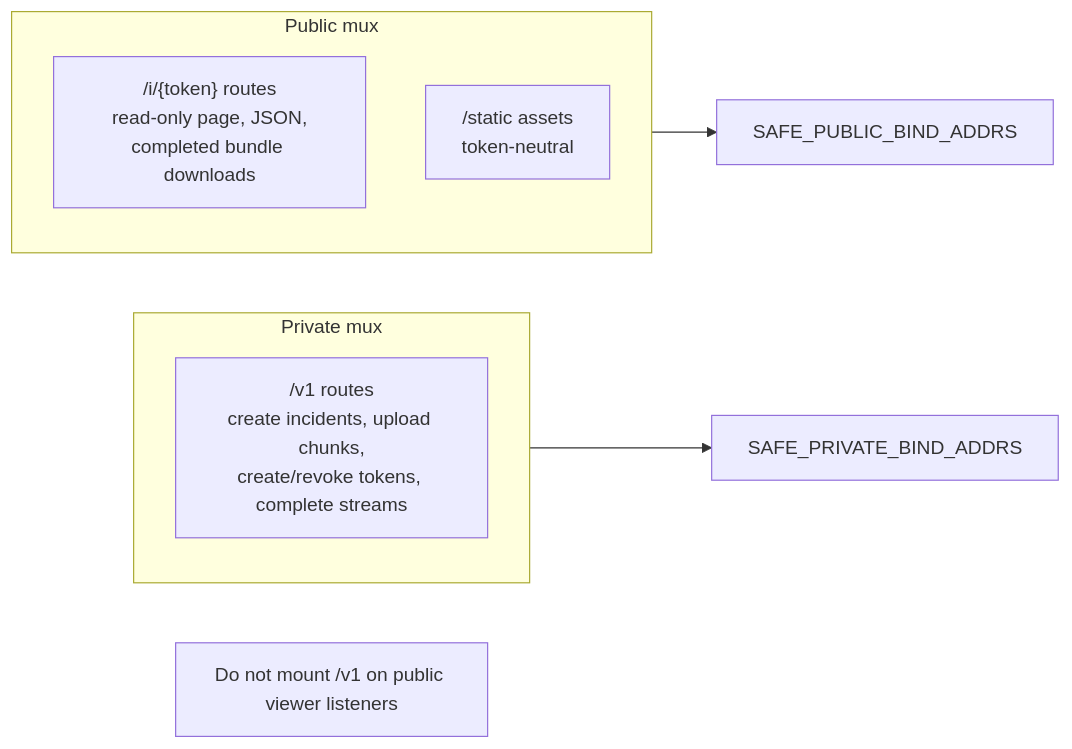
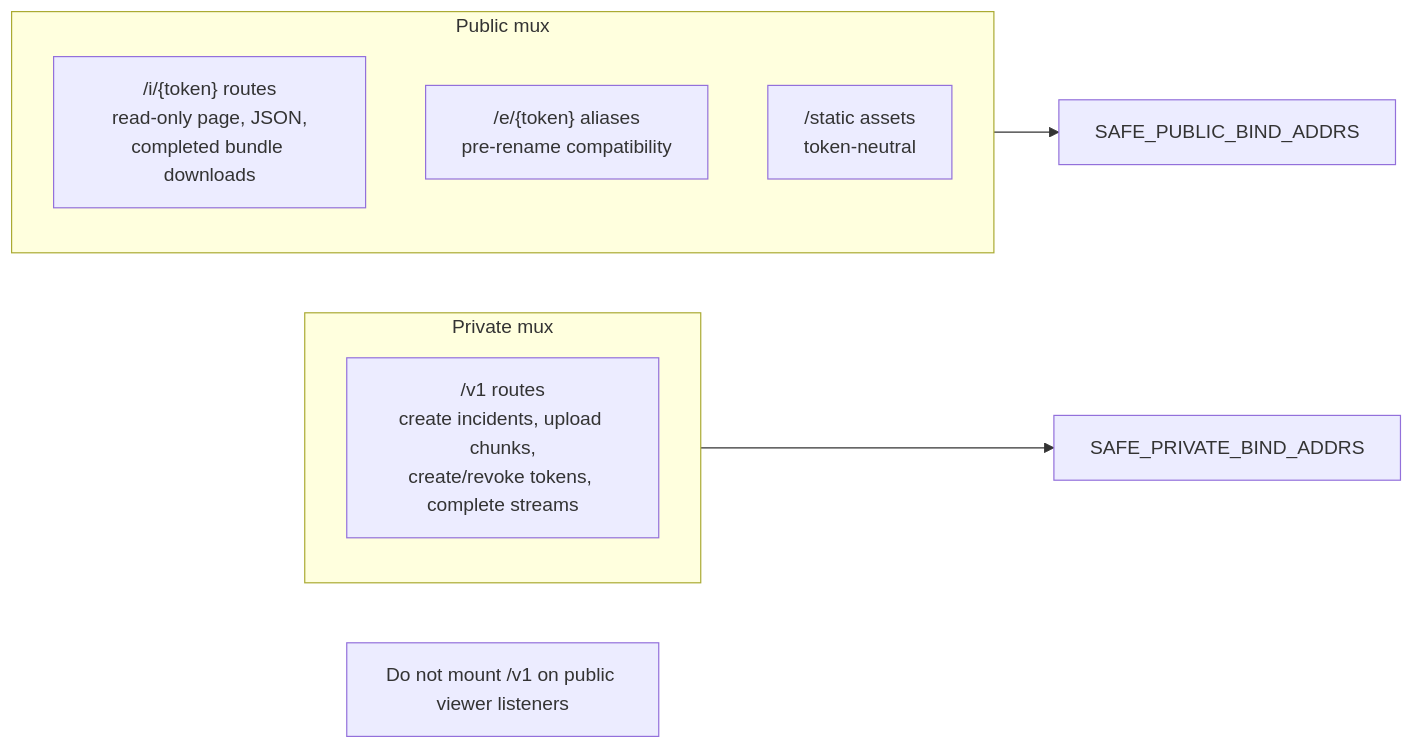
Before and after one commit to open-proofline/server: the fourth of 4 diagrams in docs/architecture.md, drawn with Mermaid. The commit also changed 10 other files, not shown here.

Commit message:
Keep legacy viewer route aliases

````diff
--- a/docs/architecture.md
+++ b/docs/architecture.md
@@ -118,16 +118,17 @@
 ```mermaid
 flowchart LR
     subgraph PrivateMux["Private mux"]
         V1["/v1 routes<br/>create incidents, upload chunks,<br/>create/revoke tokens, complete streams"]
     end
 
     subgraph PublicMux["Public mux"]
         Viewer["/i/{token} routes<br/>read-only page, JSON,<br/>completed bundle downloads"]
+        LegacyViewer["/e/{token} aliases<br/>pre-rename compatibility"]
         Static["/static assets<br/>token-neutral"]
     end
 
     PrivateMux --> PrivateBind["SAFE_PRIVATE_BIND_ADDRS"]
     PublicMux --> PublicBind["SAFE_PUBLIC_BIND_ADDRS"]
 
     Warning["Do not mount /v1 on public viewer listeners"]
 ```
````
